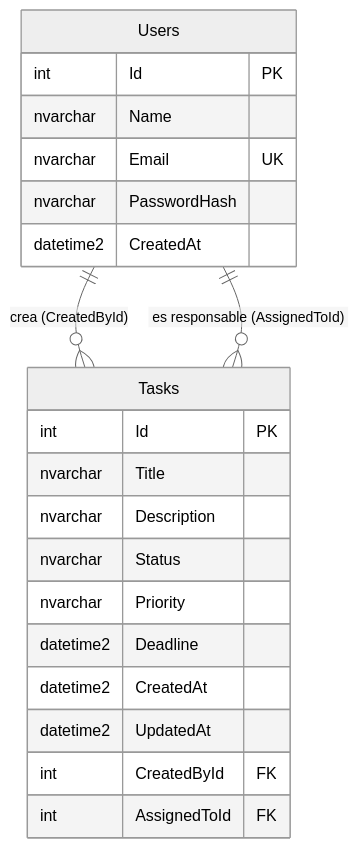
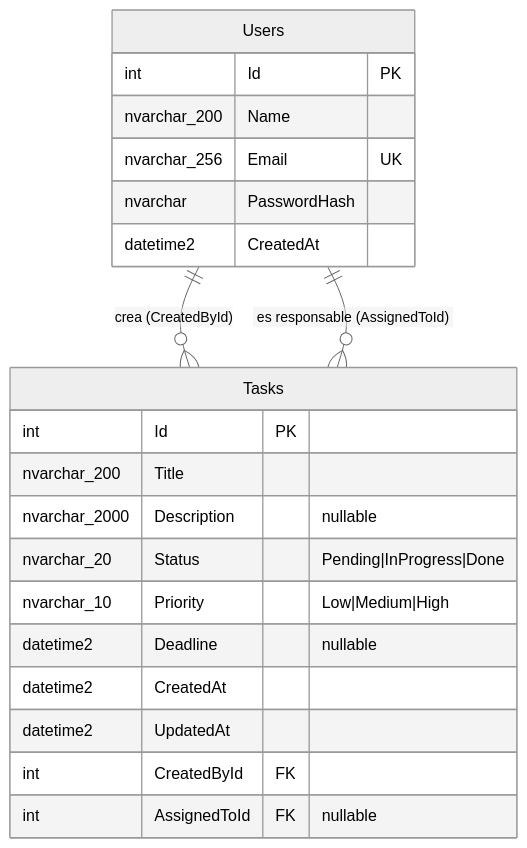
Before and after one commit to Stevanmh/task-tracker: the second of 2 diagrams in docs/architecture.md, drawn with Mermaid (neutral theme). The commit also changed other lines of this file and 10 other files, not shown here.

````diff
--- a/docs/architecture.md
+++ b/docs/architecture.md
@@ -66,26 +147,26 @@
 ```mermaid
 erDiagram
     Users {
         int Id PK
-        nvarchar Name
-        nvarchar Email UK
+        nvarchar_200 Name
+        nvarchar_256 Email UK
         nvarchar PasswordHash
         datetime2 CreatedAt
     }
 
     Tasks {
         int Id PK
-        nvarchar Title
-        nvarchar Description
-        nvarchar Status
-        nvarchar Priority
-        datetime2 Deadline
+        nvarchar_200 Title
+        nvarchar_2000 Description "nullable"
+        nvarchar_20 Status "Pending|InProgress|Done"
+        nvarchar_10 Priority "Low|Medium|High"
+        datetime2 Deadline "nullable"
         datetime2 CreatedAt
         datetime2 UpdatedAt
         int CreatedById FK
-        int AssignedToId FK
+        int AssignedToId FK "nullable"
     }
 
     Users ||--o{ Tasks : "crea (CreatedById)"
     Users ||--o{ Tasks : "es responsable (AssignedToId)"
 ```
````
